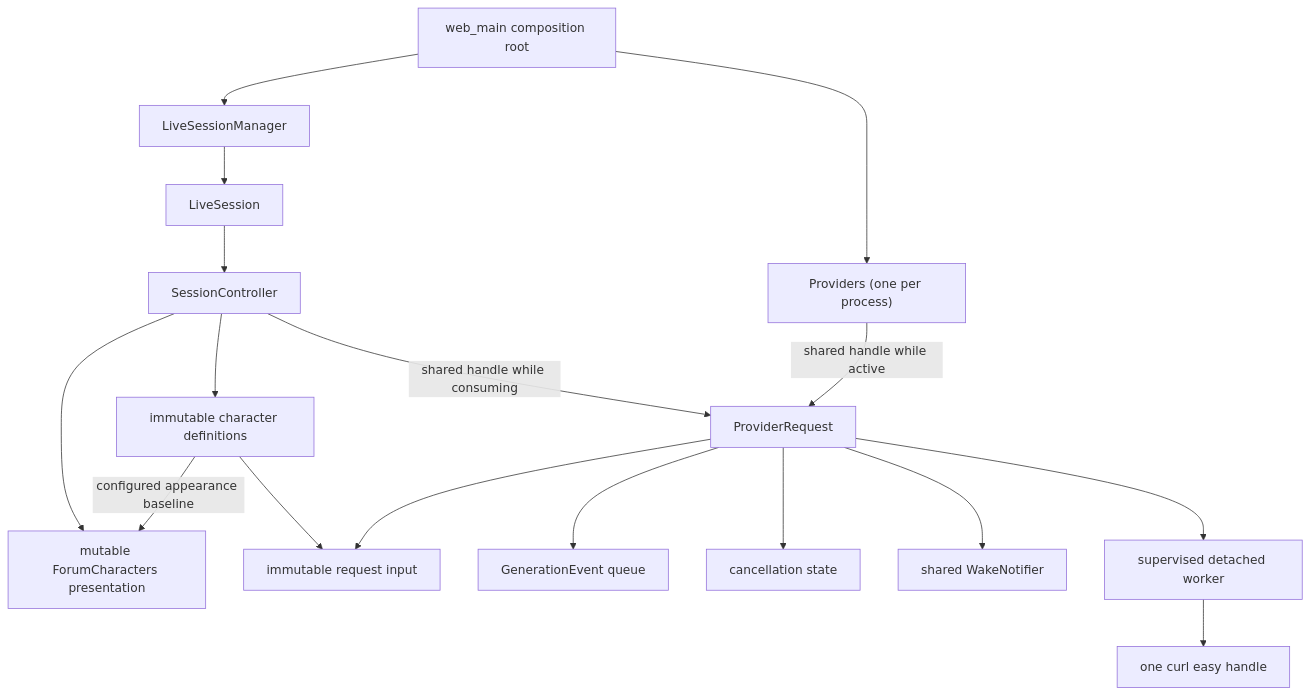
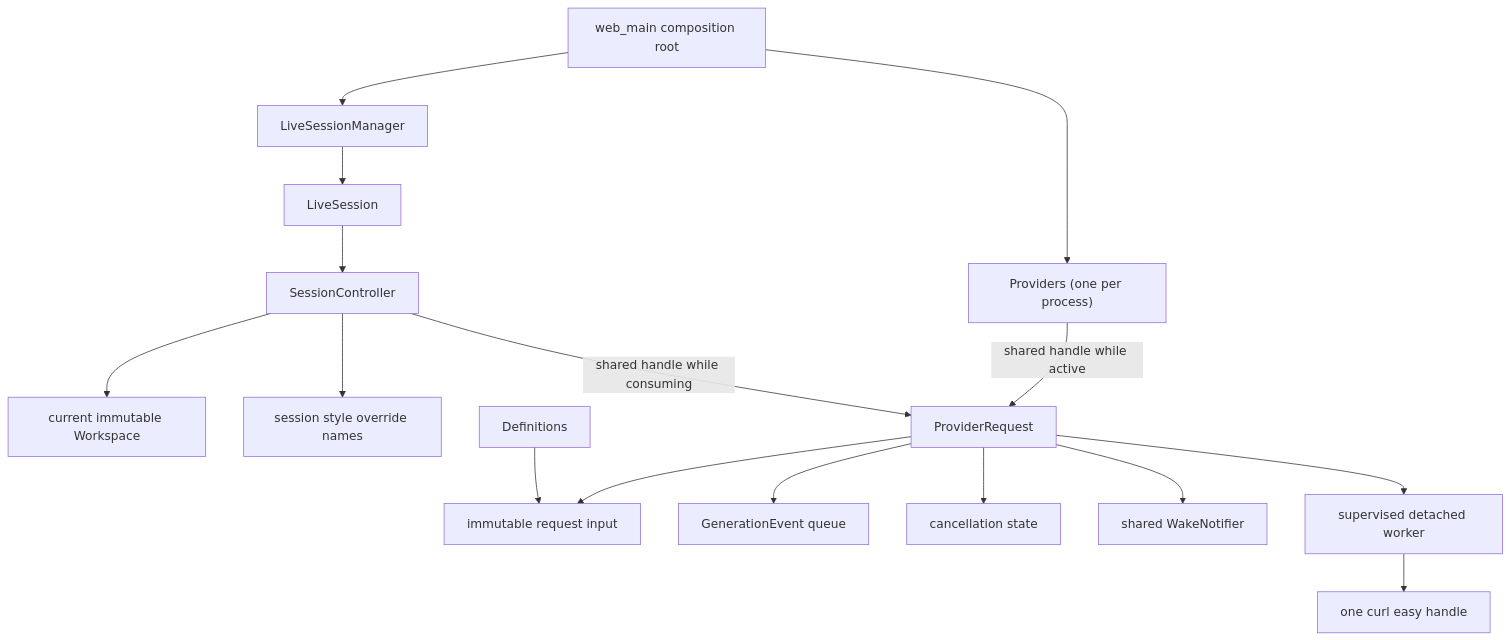
Before and after one commit to michaelpopov/cha: the diagram in docs/design.md, drawn with Mermaid. The commit also changed other lines of this file and 16 other files, not shown here.

````diff
--- a/docs/design.md
+++ b/docs/design.md
@@ -110,21 +110,20 @@
 ```mermaid
 flowchart TD
     Main["web_main composition root"] --> Providers["Providers (one per process)"]
     Main --> Manager["LiveSessionManager"]
     Manager --> Session["LiveSession"]
     Session --> Controller["SessionController"]
 
-    Controller --> Definitions["immutable character definitions"]
-    Controller --> Characters["mutable ForumCharacters presentation"]
-    Definitions -->|"configured appearance baseline"| Characters
+    Controller --> Workspace["current immutable Workspace"]
+    Controller --> Overrides["session style override names"]
     Controller -->|"shared handle while consuming"| Request["ProviderRequest"]
     Providers -->|"shared handle while active"| Request
 
     Definitions --> Input
     Request --> Input["immutable request input"]
     Request --> Queue["GenerationEvent queue"]
     Request --> Cancel["cancellation state"]
     Request --> Wake["shared WakeNotifier"]
     Request --> Worker["supervised detached worker"]
     Worker --> Curl["one curl easy handle"]
 ```
````
